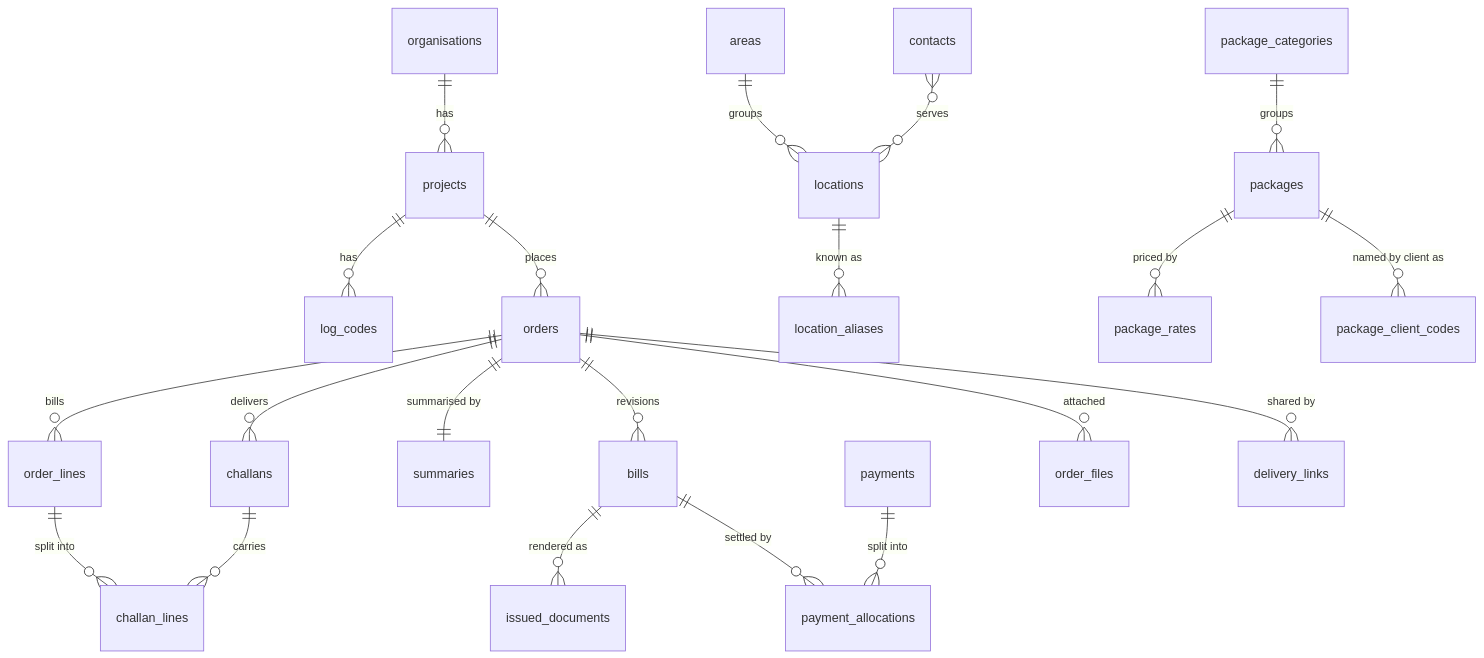
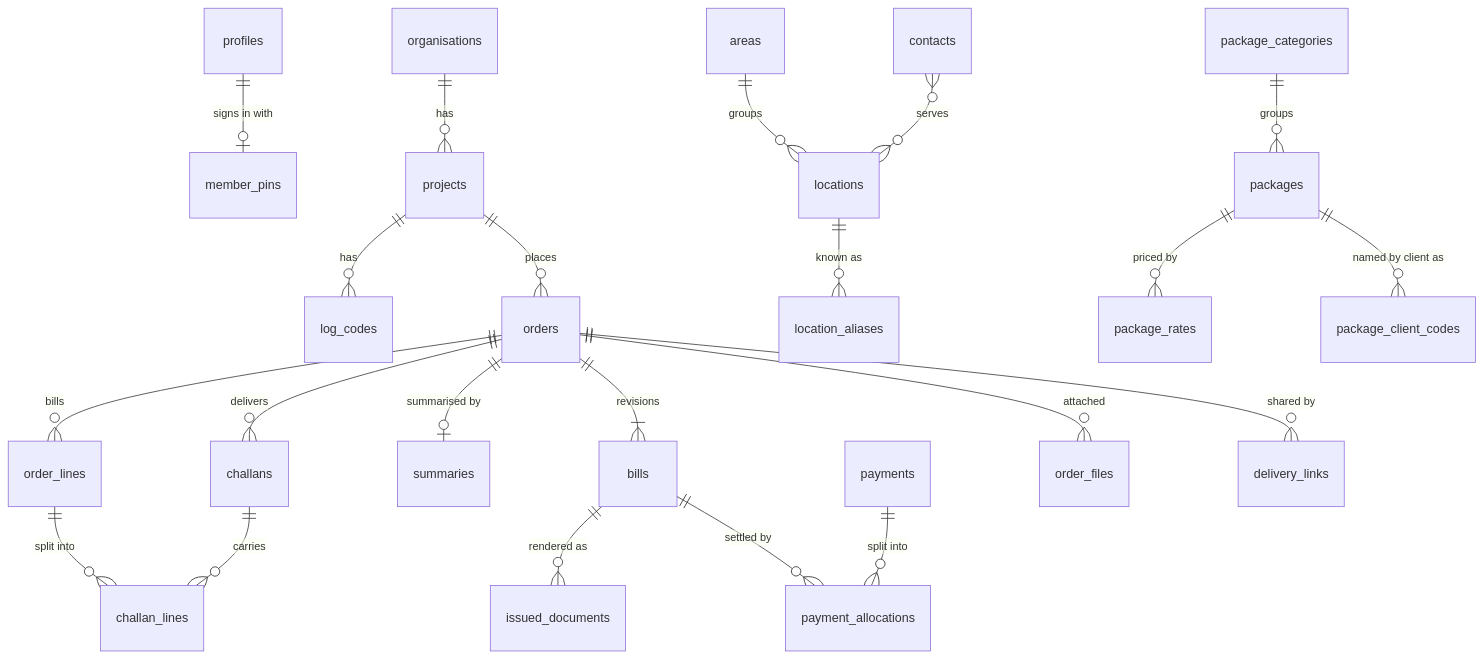
Before and after one commit to imshaid/amh: the diagram in docs/data-model.md, drawn with Mermaid. The commit also changed other lines of this file and 3 other files, not shown here.

````diff
--- a/docs/data-model.md
+++ b/docs/data-model.md
@@ -18,23 +22,24 @@
 ```mermaid
 erDiagram
+  profiles ||--o| member_pins : "signs in with"
   organisations ||--o{ projects : "has"
   projects ||--o{ log_codes : "has"
   projects ||--o{ orders : "places"
   areas ||--o{ locations : "groups"
   locations ||--o{ location_aliases : "known as"
   contacts }o--o{ locations : "serves"
   package_categories ||--o{ packages : "groups"
   packages ||--o{ package_rates : "priced by"
   packages ||--o{ package_client_codes : "named by client as"
   orders ||--o{ order_lines : "bills"
   orders ||--o{ challans : "delivers"
   challans ||--o{ challan_lines : "carries"
   order_lines ||--o{ challan_lines : "split into"
-  orders ||--|| summaries : "summarised by"
-  orders ||--o{ bills : "revisions"
+  orders ||--o| summaries : "summarised by"
+  orders ||--|{ bills : "revisions"
   bills ||--o{ issued_documents : "rendered as"
   payments ||--o{ payment_allocations : "split into"
   bills ||--o{ payment_allocations : "settled by"
   orders ||--o{ order_files : "attached"
   orders ||--o{ delivery_links : "shared by"
 ```
````
